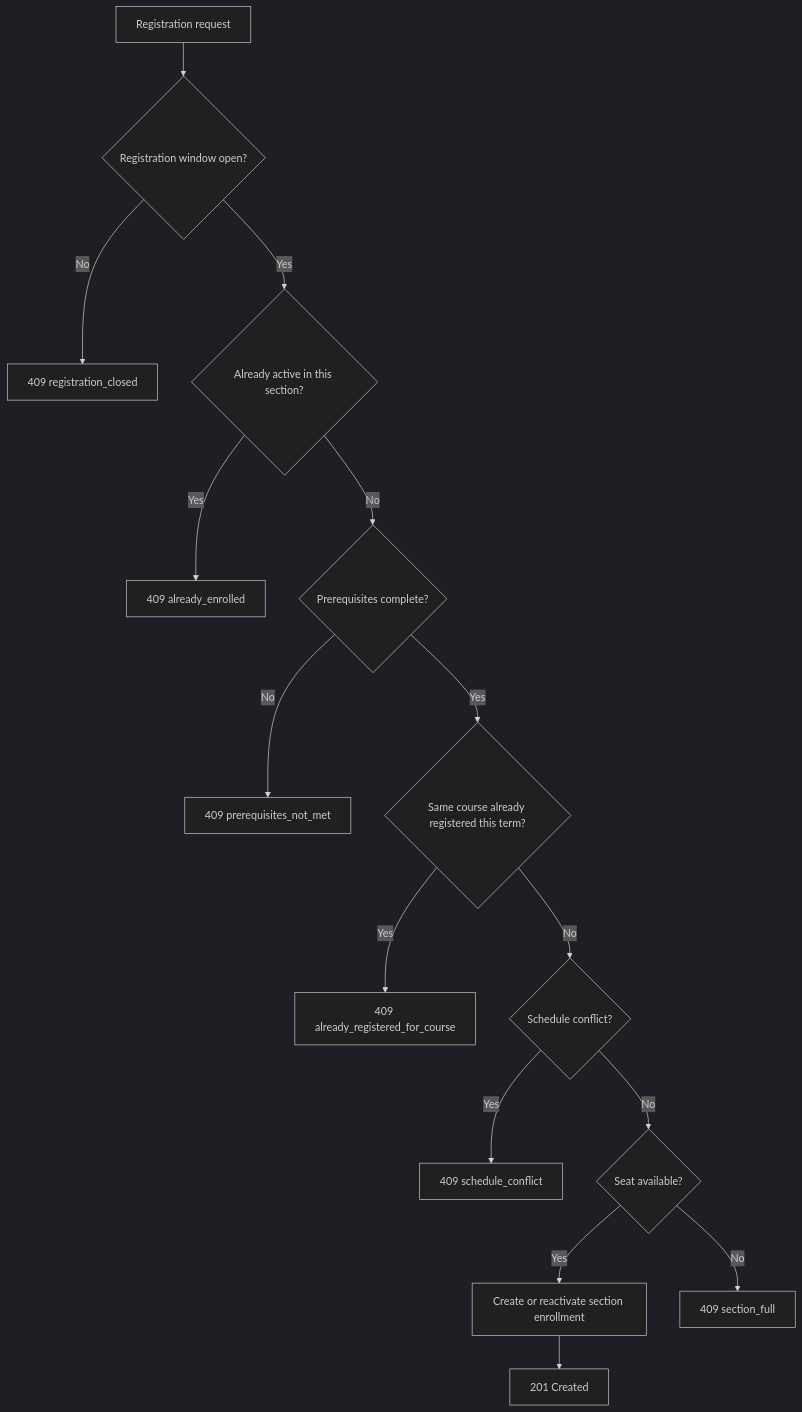
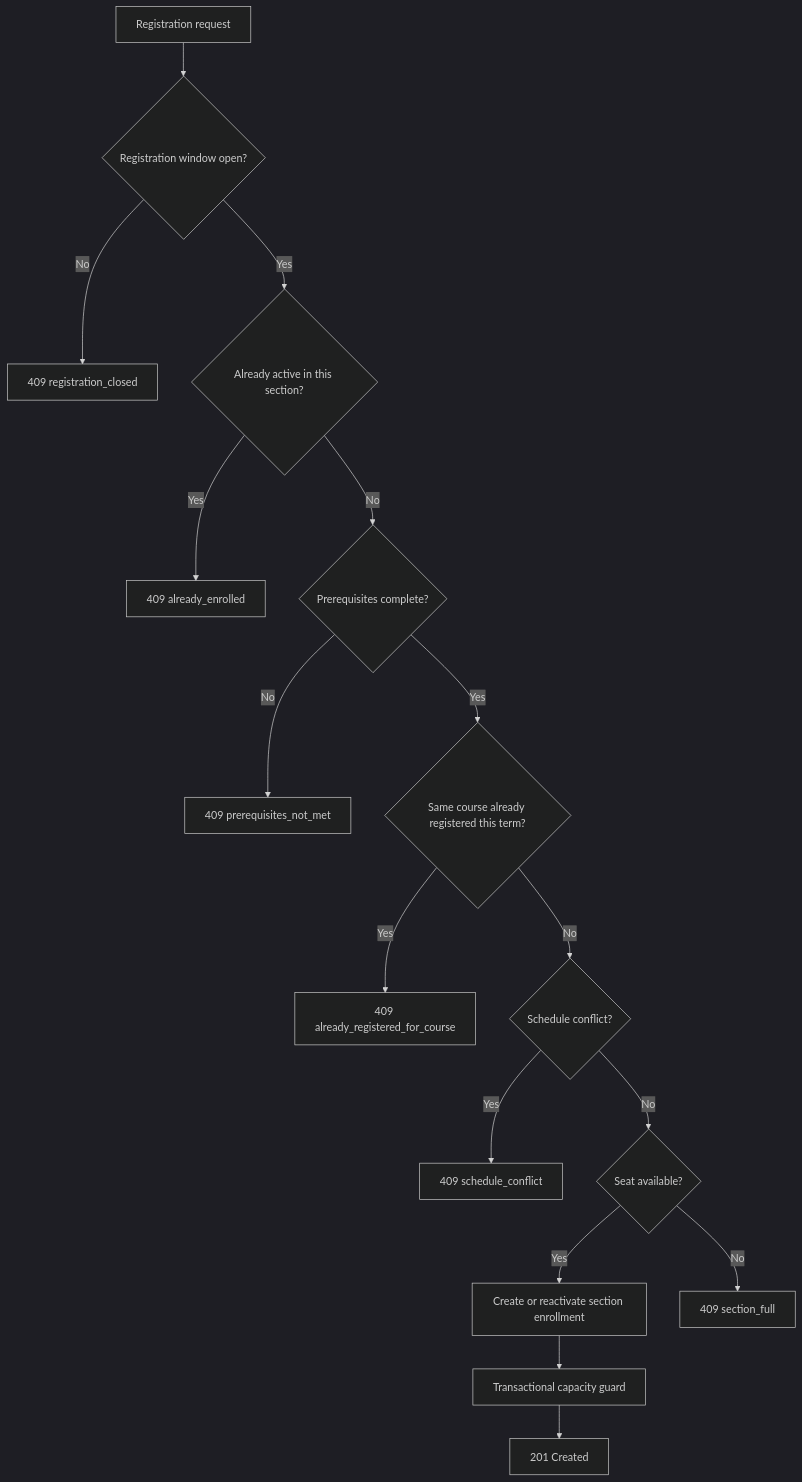
The third of 3 diagrams in README.md (PerpsAkach/course-registration-api), drawn with Mermaid (dark theme) before and after one commit. The commit also changed other lines of this file, not shown here.

Commit message:
Document migrations PostgreSQL capacity locking and OpenAPI

````diff
--- a/README.md
+++ b/README.md
@@ -161,17 +171,18 @@
 ```mermaid
 flowchart TD
     A[Registration request] --> B{Registration window open?}
     B -- No --> X1[409 registration_closed]
     B -- Yes --> C{Already active in this section?}
     C -- Yes --> X2[409 already_enrolled]
     C -- No --> D{Prerequisites complete?}
     D -- No --> X3[409 prerequisites_not_met]
     D -- Yes --> E{Same course already registered this term?}
     E -- Yes --> X4[409 already_registered_for_course]
     E -- No --> F{Schedule conflict?}
     F -- Yes --> X5[409 schedule_conflict]
     F -- No --> G{Seat available?}
     G -- Yes --> H[Create or reactivate section enrollment]
     G -- No --> X6[409 section_full]
-    H --> I[201 Created]
+    H --> I[Transactional capacity guard]
+    I --> J[201 Created]
 ```
````
